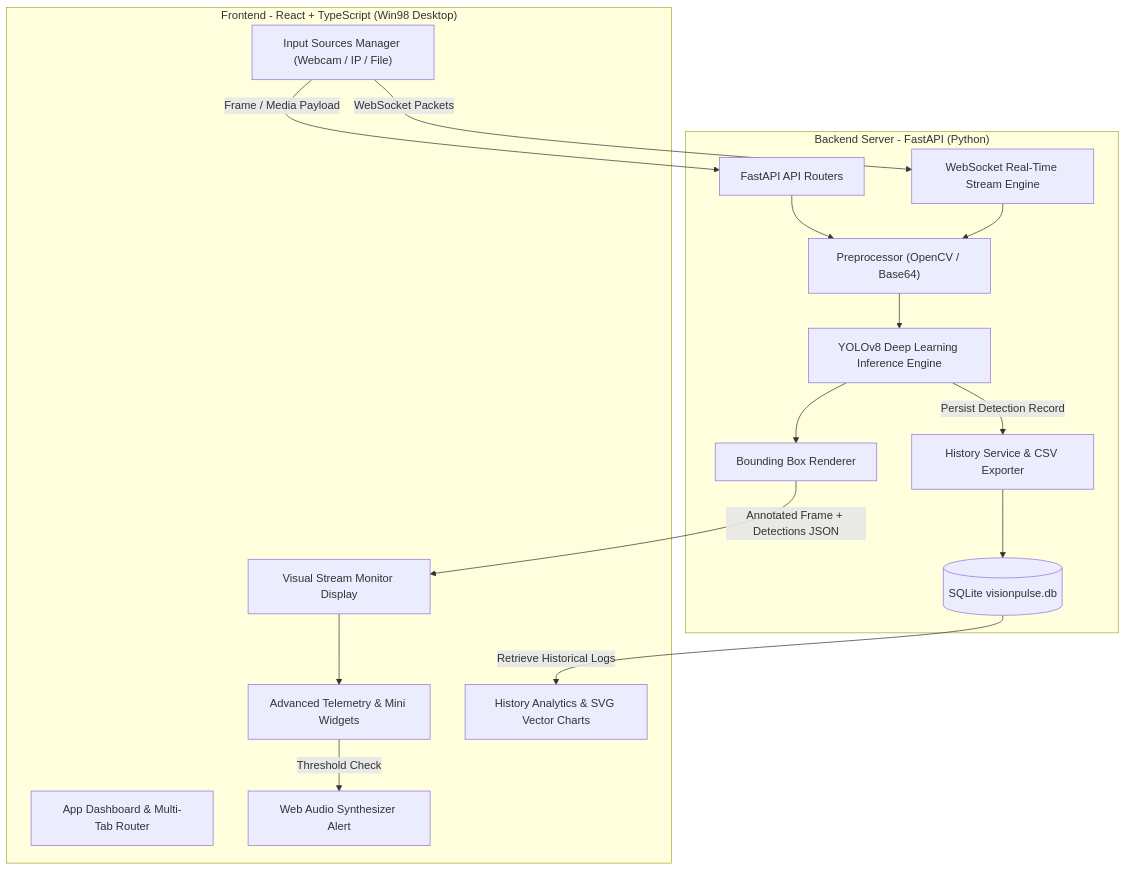
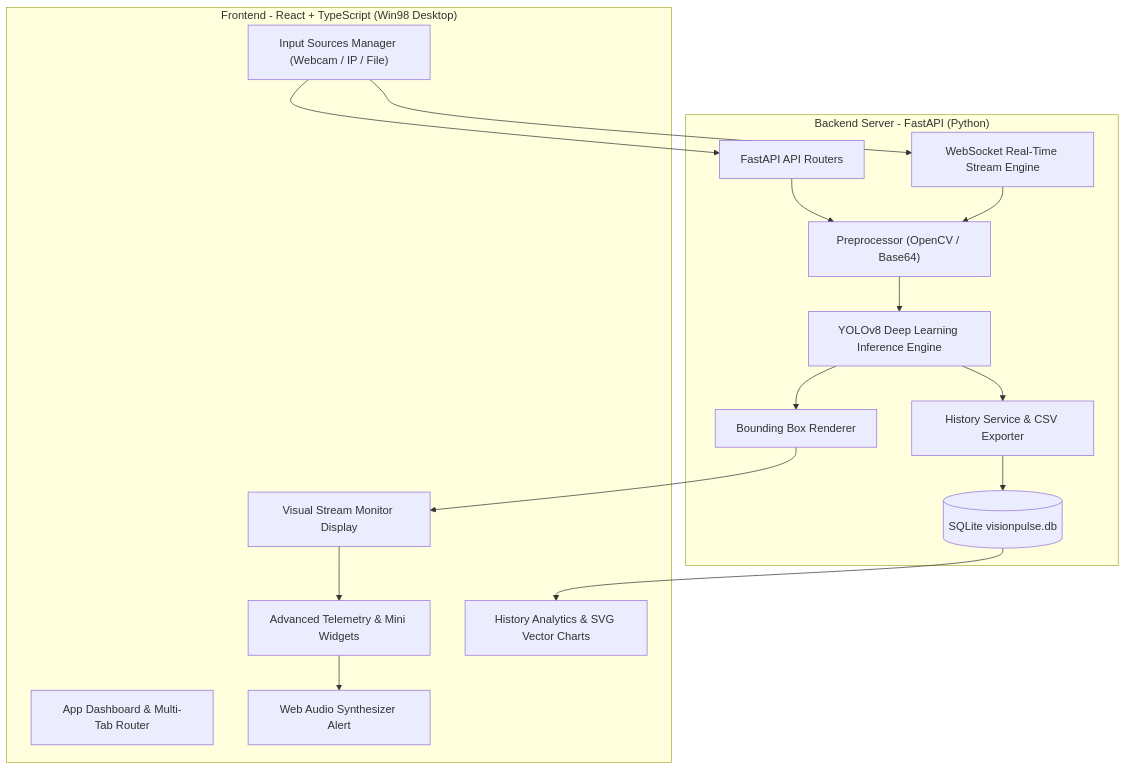
Before and after one commit to sahmedhusain/visionpulse: the first of 2 diagrams in README.md, drawn with Mermaid. The commit also changed other lines of this file, not shown here.

Commit message:
docs: add benchmark report preview and refine mermaid syntax

````diff
--- a/README.md
+++ b/README.md
@@ -38,30 +66,34 @@
 ```mermaid
 graph TD
     subgraph Client["Frontend - React + TypeScript (Win98 Desktop)"]
         UI["App Dashboard & Multi-Tab Router"]
         InpMgr["Input Sources Manager (Webcam / IP / File)"]
         Canvas["Visual Stream Monitor Display"]
         Telem["Advanced Telemetry & Mini Widgets"]
         Synth["Web Audio Synthesizer Alert"]
         HistUI["History Analytics & SVG Vector Charts"]
     end
 
     subgraph Backend["Backend Server - FastAPI (Python)"]
         Router["FastAPI API Routers"]
         WS["WebSocket Real-Time Stream Engine"]
         Pre["Preprocessor (OpenCV / Base64)"]
         YOLO["YOLOv8 Deep Learning Inference Engine"]
         Overlay["Bounding Box Renderer"]
         HistService["History Service & CSV Exporter"]
-        DB[(SQLite visionpulse.db)]
+        DB[("SQLite visionpulse.db")]
     end
 
-    InpMgr -->|Frame / Media Payload| Router
-    InpMgr -->|WebSocket Packets| WS
-    Router & WS --> Pre
-    Pre --> YOLO --> Overlay
-    Overlay -->|Annotated Frame + Detections JSON| Canvas
-    YOLO -->|Persist Detection Record| HistService --> DB
-    Canvas --> Telem -->|Threshold Check| Synth
-    DB -->|Retrieve Historical Logs| HistUI
+    InpMgr --> Router
+    InpMgr --> WS
+    Router --> Pre
+    WS --> Pre
+    Pre --> YOLO
+    YOLO --> Overlay
+    Overlay --> Canvas
+    YOLO --> HistService
+    HistService --> DB
+    Canvas --> Telem
+    Telem --> Synth
+    DB --> HistUI
 ```
````
